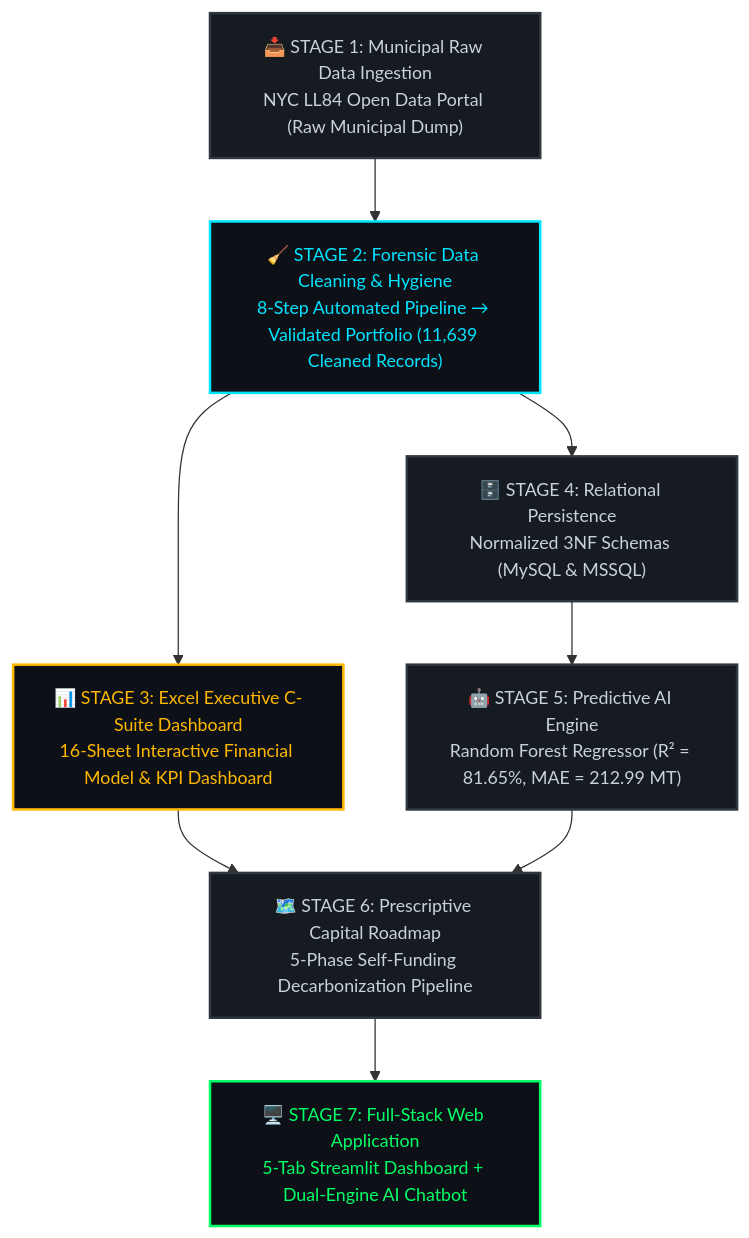
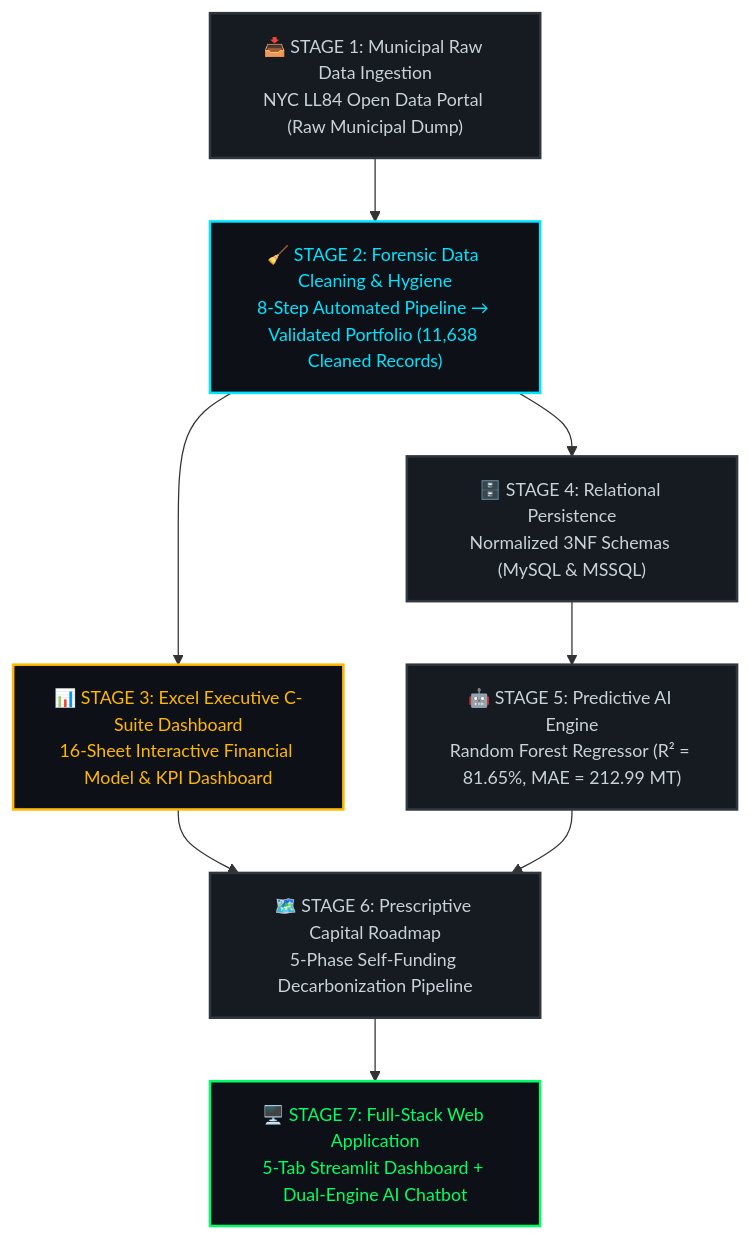
The diagram in README.md (Huda-Amr/carbon-heist-mitigation), drawn with Mermaid before and after one commit. The commit also changed other lines of this file and 13 other files, not shown here.

````diff
--- a/README.md
+++ b/README.md
@@ -124,15 +124,15 @@
 ```mermaid
 flowchart TD
-    A["📥 STAGE 1: Municipal Raw Data Ingestion\nNYC LL84 Open Data Portal (Raw Municipal Dump)"]:::stage --> B["🧹 STAGE 2: Forensic Data Cleaning & Hygiene\n8-Step Automated Pipeline → Validated Portfolio (11,639 Cleaned Records)"]:::clean
+    A["📥 STAGE 1: Municipal Raw Data Ingestion\nNYC LL84 Open Data Portal (Raw Municipal Dump)"]:::stage --> B["🧹 STAGE 2: Forensic Data Cleaning & Hygiene\n8-Step Automated Pipeline → Validated Portfolio (11,638 Cleaned Records)"]:::clean
     B --> EX["📊 STAGE 3: Excel Executive C-Suite Dashboard\n16-Sheet Interactive Financial Model & KPI Dashboard"]:::excel
     B --> C["🗄️ STAGE 4: Relational Persistence\nNormalized 3NF Schemas (MySQL & MSSQL)"]:::stage
     C --> D["🤖 STAGE 5: Predictive AI Engine\nRandom Forest Regressor (R² = 81.65%, MAE = 212.99 MT)"]:::stage
     EX --> E["🗺️ STAGE 6: Prescriptive Capital Roadmap\n5-Phase Self-Funding Decarbonization Pipeline"]:::stage
     D --> E
     E --> F["🖥️ STAGE 7: Full-Stack Web Application\n5-Tab Streamlit Dashboard + Dual-Engine AI Chatbot"]:::output
 
     classDef stage fill:#161B22,stroke:#30363D,stroke-width:2px,color:#C9D1D9,font-size:14px
     classDef clean fill:#0D1117,stroke:#00E5FF,stroke-width:2px,color:#00E5FF,font-size:14px
     classDef excel fill:#0D1117,stroke:#FFB800,stroke-width:2px,color:#FFB800,font-size:14px
     classDef output fill:#0D1117,stroke:#00FF66,stroke-width:2px,color:#00FF66,font-size:14px
 ```
````
